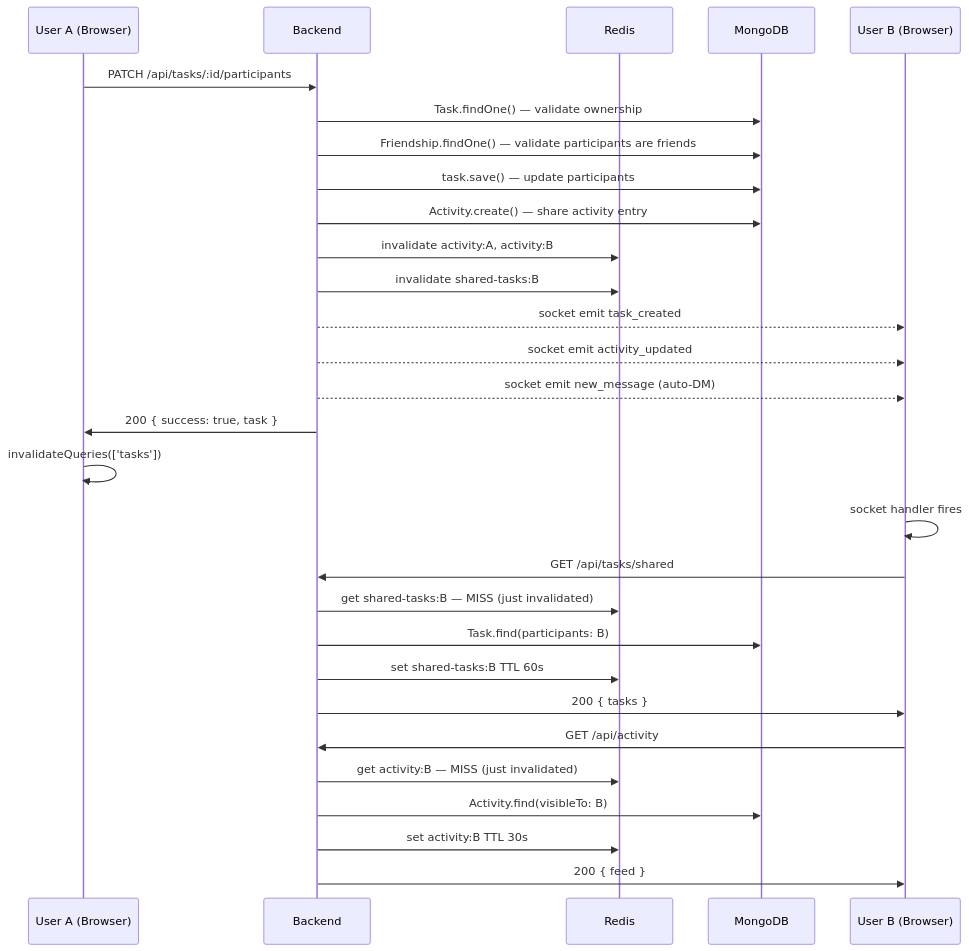
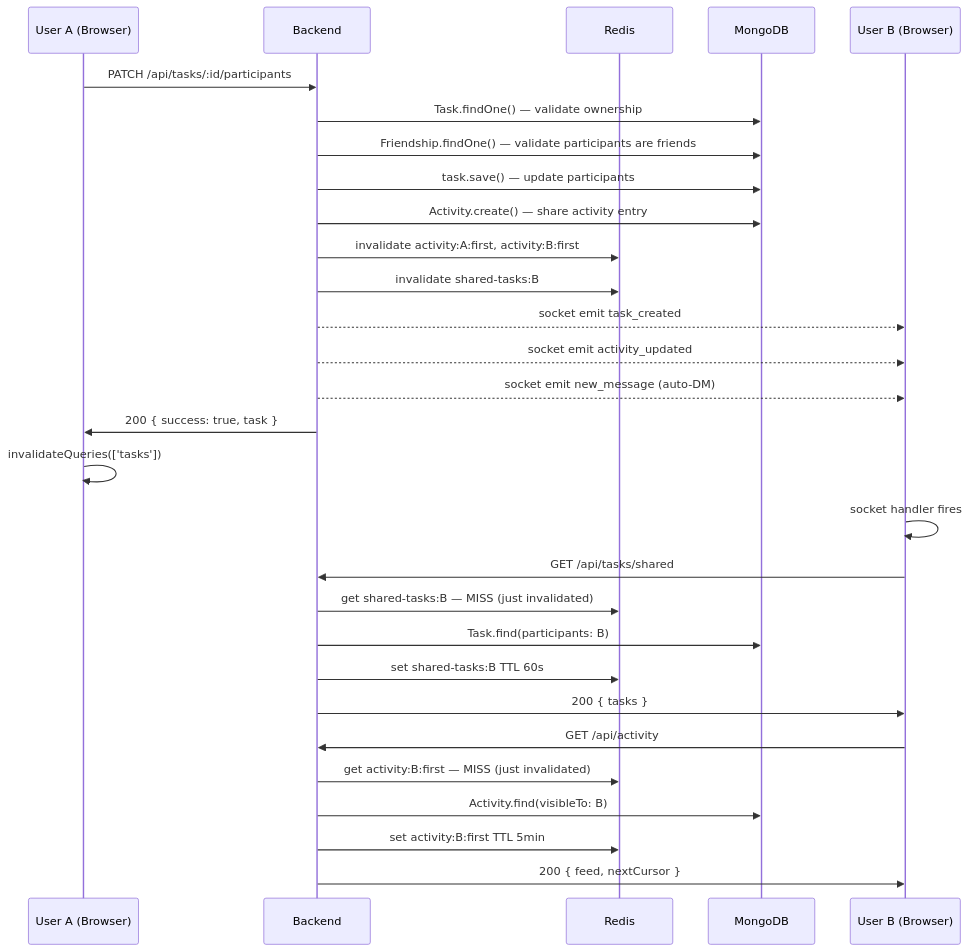
The second of 4 diagrams in docs/backend/system-design.md (JustinBurrell/continuum), drawn with Mermaid before and after one commit. The commit also changed other lines of this file and 2 other files, not shown here.

Commit message:
docs: update API reference, system design, and roadmap for steps 5-10

````diff
--- a/docs/backend/system-design.md
+++ b/docs/backend/system-design.md
@@ -95,34 +95,34 @@
 ```mermaid
 sequenceDiagram
     participant UA as User A (Browser)
     participant BE as Backend
     participant RD as Redis
     participant DB as MongoDB
     participant UB as User B (Browser)
 
     UA->>BE: PATCH /api/tasks/:id/participants
     BE->>DB: Task.findOne() — validate ownership
     BE->>DB: Friendship.findOne() — validate participants are friends
     BE->>DB: task.save() — update participants
     BE->>DB: Activity.create() — share activity entry
-    BE->>RD: invalidate activity:A, activity:B
+    BE->>RD: invalidate activity:A:first, activity:B:first
     BE->>RD: invalidate shared-tasks:B
     BE-->>UB: socket emit task_created
     BE-->>UB: socket emit activity_updated
     BE-->>UB: socket emit new_message (auto-DM)
     BE->>UA: 200 { success: true, task }
 
     UA->>UA: invalidateQueries(['tasks'])
 
     UB->>UB: socket handler fires
     UB->>BE: GET /api/tasks/shared
     BE->>RD: get shared-tasks:B — MISS (just invalidated)
     BE->>DB: Task.find(participants: B)
     BE->>RD: set shared-tasks:B TTL 60s
     BE->>UB: 200 { tasks }
     UB->>BE: GET /api/activity
-    BE->>RD: get activity:B — MISS (just invalidated)
+    BE->>RD: get activity:B:first — MISS (just invalidated)
     BE->>DB: Activity.find(visibleTo: B)
-    BE->>RD: set activity:B TTL 30s
-    BE->>UB: 200 { feed }
+    BE->>RD: set activity:B:first TTL 5min
+    BE->>UB: 200 { feed, nextCursor }
 ```
````
